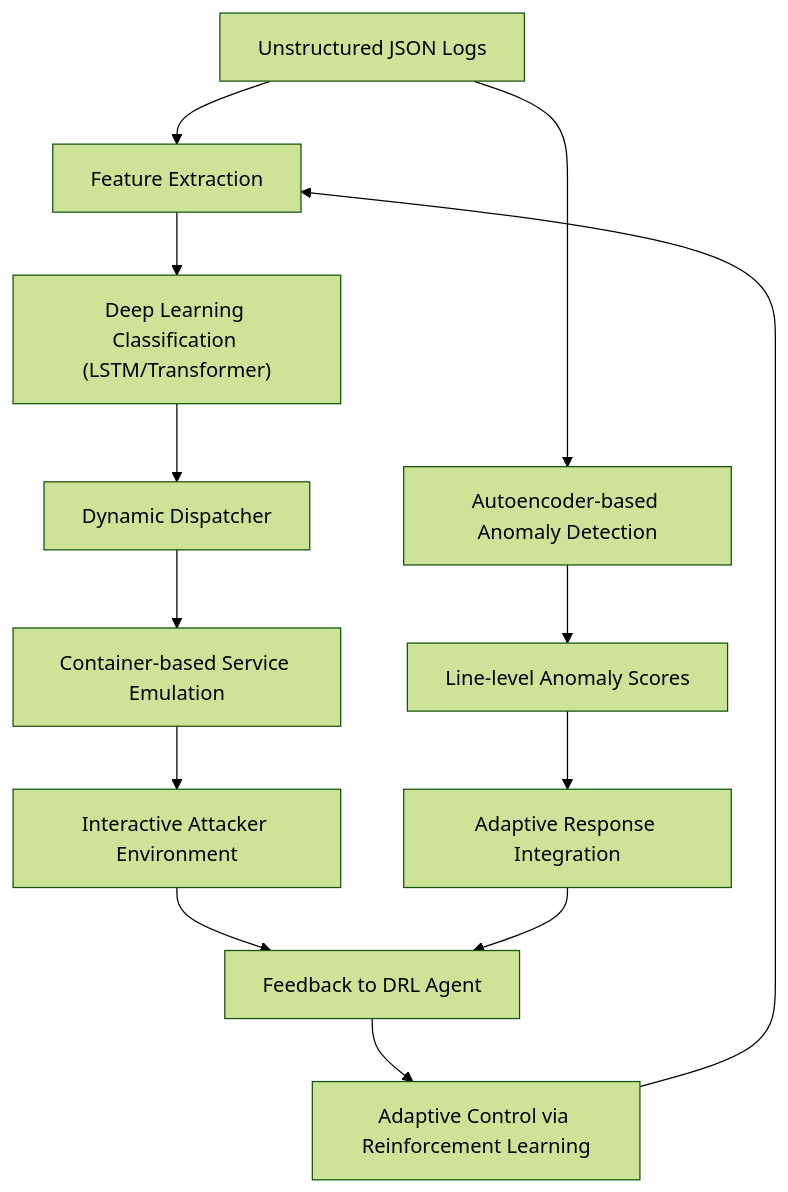
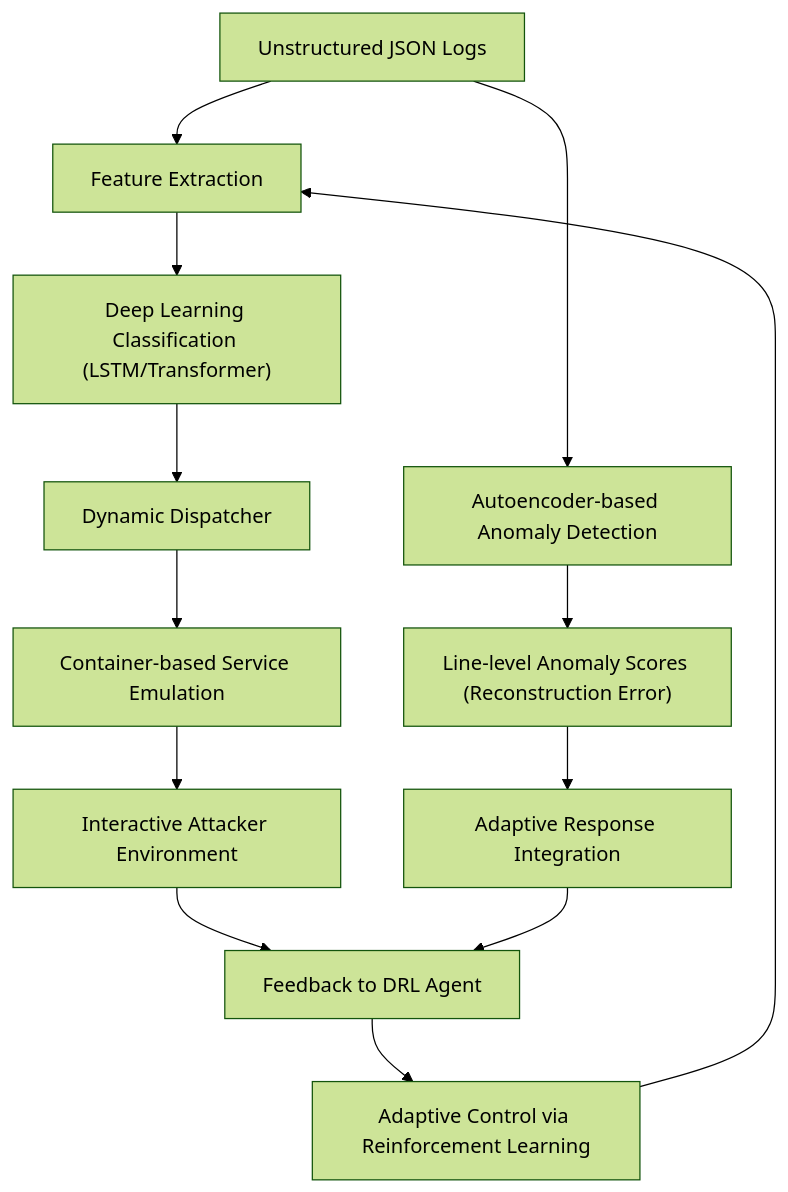
The diagram in docs/documentation/concept2.md (JohannesLks/Thesis), drawn with Mermaid (forest theme) before and after one commit.

````diff
--- a/docs/documentation/concept2.md
+++ b/docs/documentation/concept2.md
@@ -39,21 +39,21 @@
 ```mermaid
 graph TD
-  A["Unstructured JSON Logs"] --> B["Feature Extraction"]
-  B --> C["Deep Learning Classification (LSTM/Transformer)"]
-  C --> D["Dynamic Dispatcher"]
-  D --> E["Container-based Service Emulation"]
-
-  A --> F["Autoencoder-based Anomaly Detection"]
-  F --> G["Line-level Anomaly Scores"]
-
-  E --> H["Interactive Attacker Environment"]
-  G --> I["Adaptive Response Integration"]
-
-  H --> J["Feedback to DRL Agent"]
-  I --> J
-
-  J --> K["Adaptive Control via Reinforcement Learning"]
-  K --> B
-
-
+  Input["Unstructured JSON Logs"]
+  Input --> FeatureExtraction["Feature Extraction"]
+  
+  FeatureExtraction --> Classification["Deep Learning Classification (LSTM/Transformer)"]
+  Classification --> Dispatcher["Dynamic Dispatcher"]
+  Dispatcher --> Emulation["Container-based Service Emulation"]
+  
+  Input --> AnomalyDetection["Autoencoder-based Anomaly Detection"]
+  AnomalyDetection --> LineAnomaly["Line-level Anomaly Scores (Reconstruction Error)"]
+  
+  Emulation --> AttackerEnv["Interactive Attacker Environment"]
+  LineAnomaly --> ResponseIntegration["Adaptive Response Integration"]
+  
+  AttackerEnv --> Feedback["Feedback to DRL Agent"]
+  ResponseIntegration --> Feedback
+  
+  Feedback --> Control["Adaptive Control via Reinforcement Learning"]
+  Control --> FeatureExtraction
 ```
````
